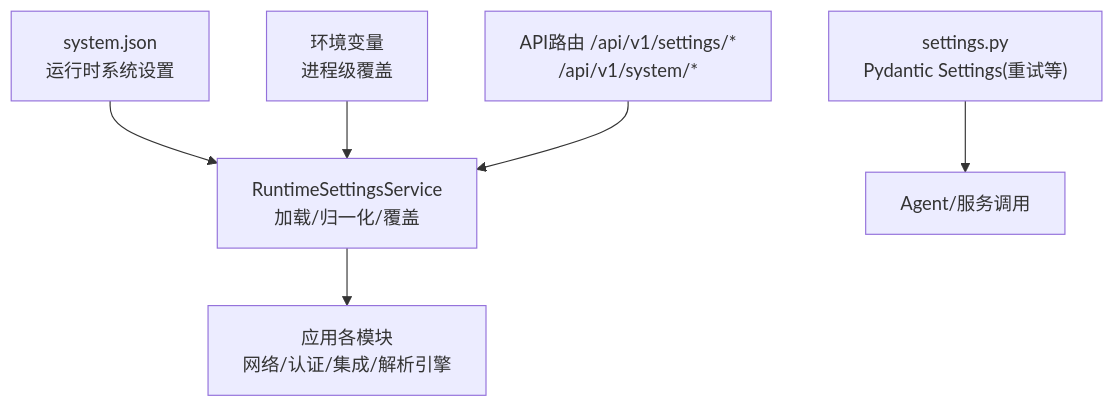
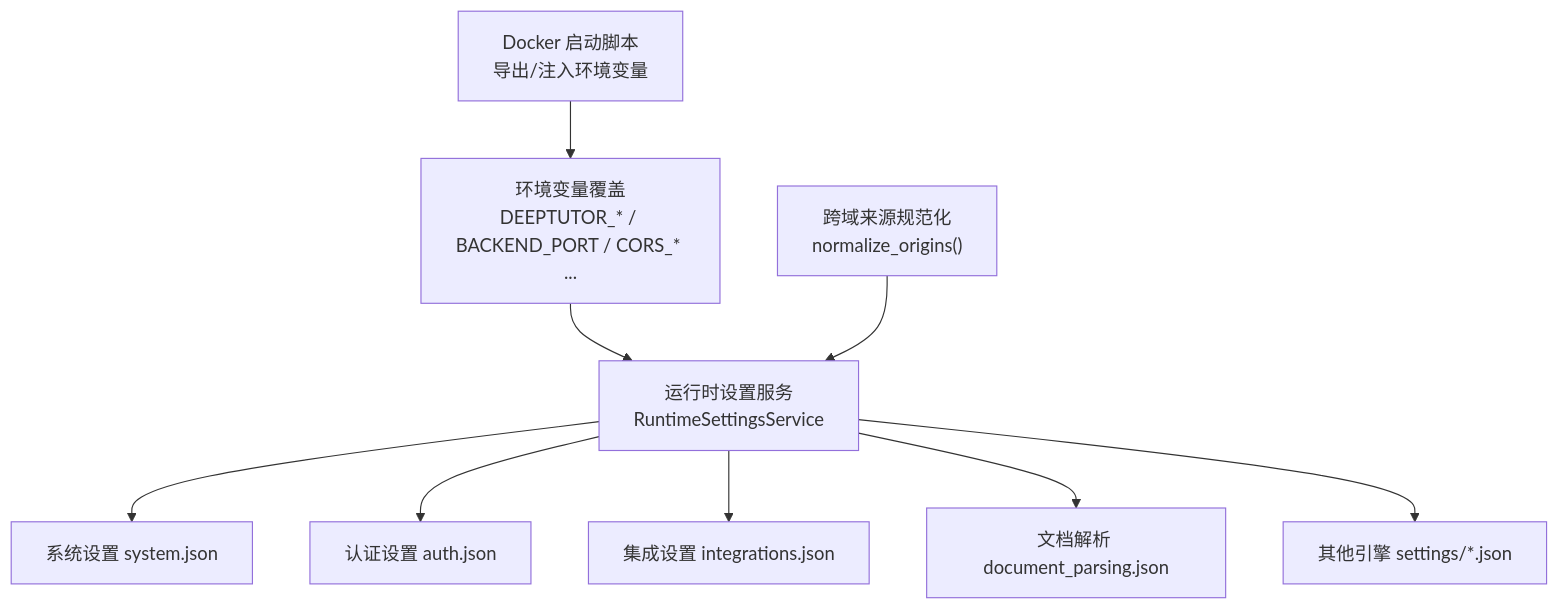
One commit to gongzili456/DeepTutor changed the first of 5 diagrams in .qoder/repowiki/zh/content/配置管理/系统配置.md. Above: the diagram before and after it, drawn with Mermaid. The commit also changed other lines of this file and 1242 other files, not shown here.

````diff
--- a/.qoder/repowiki/zh/content/配置管理/系统配置.md
+++ b/.qoder/repowiki/zh/content/配置管理/系统配置.md
@@ -42,8 +30,11 @@
 ```mermaid
 graph TB
-A["system.json<br/>运行时系统设置"] --> B["RuntimeSettingsService<br/>加载/归一化/覆盖"]
-C["环境变量<br/>进程级覆盖"] --> B
-B --> D["应用各模块<br/>网络/认证/集成/解析引擎"]
-E["settings.py<br/>Pydantic Settings(重试等)"] --> F["Agent/服务调用"]
-G["API路由 /api/v1/settings/*<br/>/api/v1/system/*"] --> B
+A["运行时设置服务<br/>RuntimeSettingsService"] --> B["系统设置 system.json"]
+A --> C["认证设置 auth.json"]
+A --> D["集成设置 integrations.json"]
+A --> E["文档解析 document_parsing.json"]
+A --> F["其他引擎 settings/*.json"]
+G["环境变量覆盖<br/>DEEPTUTOR_* / BACKEND_PORT / CORS_* ..."] --> A
+H["跨域来源规范化<br/>normalize_origins()"] --> A
+I["Docker 启动脚本<br/>导出/注入环境变量"] --> G
 ```
````
